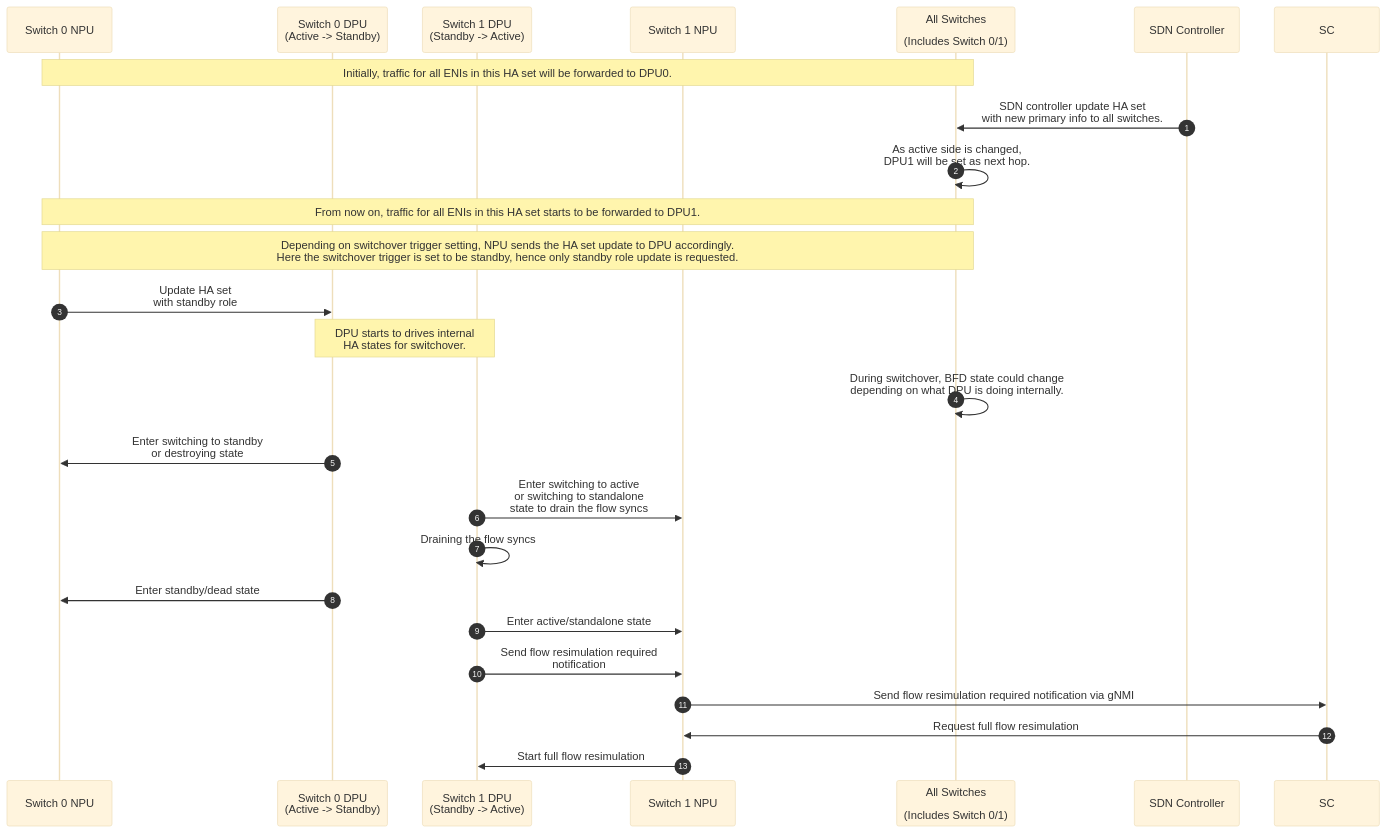
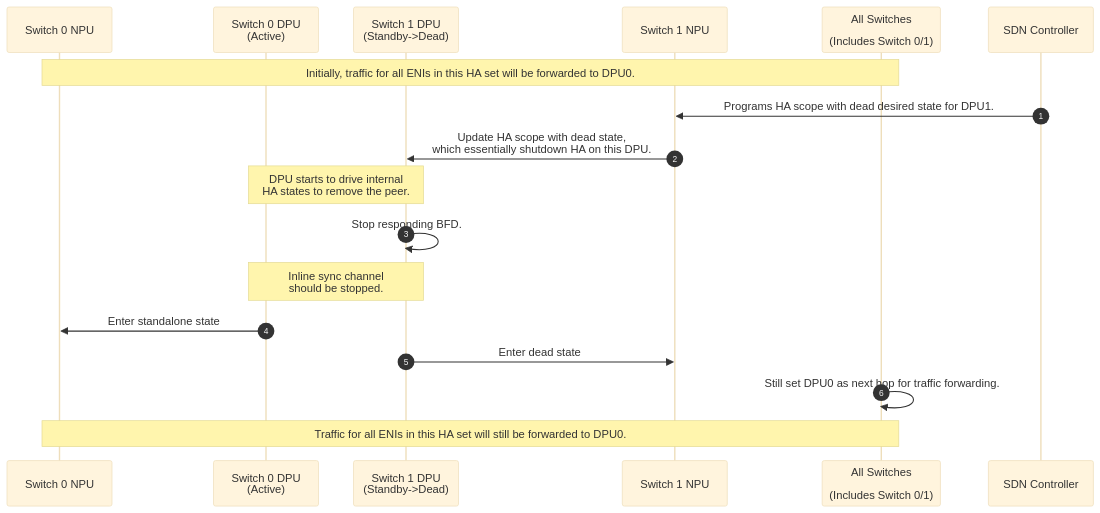
The second of 4 diagrams in doc/smart-switch/high-availability/smart-switch-ha-dpu-scope-dpu-driven-setup.md (sonic-net/SONiC), drawn with Mermaid (base theme) before and after one commit. The commit also changed other lines of this file and 1 other file, not shown here.

Commit message:
Unify the shutdown and switchover process.

````diff
--- a/doc/smart-switch/high-availability/smart-switch-ha-dpu-scope-dpu-driven-setup.md
+++ b/doc/smart-switch/high-availability/smart-switch-ha-dpu-scope-dpu-driven-setup.md
@@ -194,33 +200,26 @@
 ```mermaid
 sequenceDiagram
    autonumber
 
    participant S0N as Switch 0 NPU
-   participant S0D as Switch 0 DPU<br>(Active -> Standby)
-   participant S1D as Switch 1 DPU<br>(Standby -> Active)
+   participant S0D as Switch 0 DPU<br>(Active)
+   participant S1D as Switch 1 DPU<br>(Standby->Dead)
    participant S1N as Switch 1 NPU
    participant SA as All Switches<br><br>(Includes Switch 0/1)
    participant SDN as SDN Controller
 
    Note over S0N,SA: Initially, traffic for all ENIs in this HA set will be forwarded to DPU0.
-   SDN->>SA: SDN controller update HA set<br>with new primary info to all switches.
 
-   SA->>SA: As active side is changed,<br>DPU1 will be set as next hop.
-   Note over S0N,SA: From now on, traffic for all ENIs in this HA set starts to be forwarded to DPU1.
+   SDN->>S1N: Programs HA scope with dead desired state for DPU1.
+   S1N->>S1D: Update HA scope with dead state,<br>which essentially shutdown HA on this DPU.
 
-   Note over S0N,SA: Depending on switchover trigger setting, NPU sends the HA set update to DPU accordingly.<br>Here the switchover trigger is set to be standby, hence only standby role update is requested.
-   S0N->>S0D: Update HA set<br>with standby role
-   Note over S0D,S1D: DPU starts to drives internal<br>HA states for switchover.
+   Note over S0D,S1D: DPU starts to drive internal<br>HA states to remove the peer.
+   S1D->>S1D: Stop responding BFD.
+   Note over S0D,S1D: Inline sync channel<br>should be stopped.
 
-   SA->>SA: During switchover, BFD state could change<br>depending on what DPU is doing internally.
-   S0D->>S0N: Enter switching to standby<br>or destroying state
-   S1D->>S1N: Enter switching to active<br>or switching to standalone<br>state to drain the flow syncs
-   S1D->>S1D: Draining the flow syncs
-   S0D->>S0N: Enter standby/dead state
-   S1D->>S1N: Enter active/standalone state
+   S0D->>S0N: Enter standalone state
+   S1D->>S1N: Enter dead state
+   SA->>SA: Still set DPU0 as next hop for traffic forwarding.
 
-   S1D->>S1N: Send flow resimulation required<br>notification
-   S1N->>SC: Send flow resimulation required notification via gNMI
-   SC->>S1N: Request full flow resimulation
-   S1N->>S1D: Start full flow resimulation
+   Note over S0N,SA: Traffic for all ENIs in this HA set will still be forwarded to DPU0.
 ```
````
